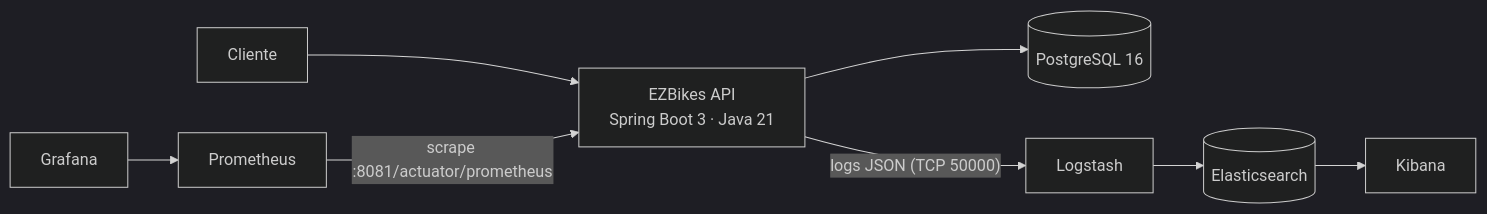
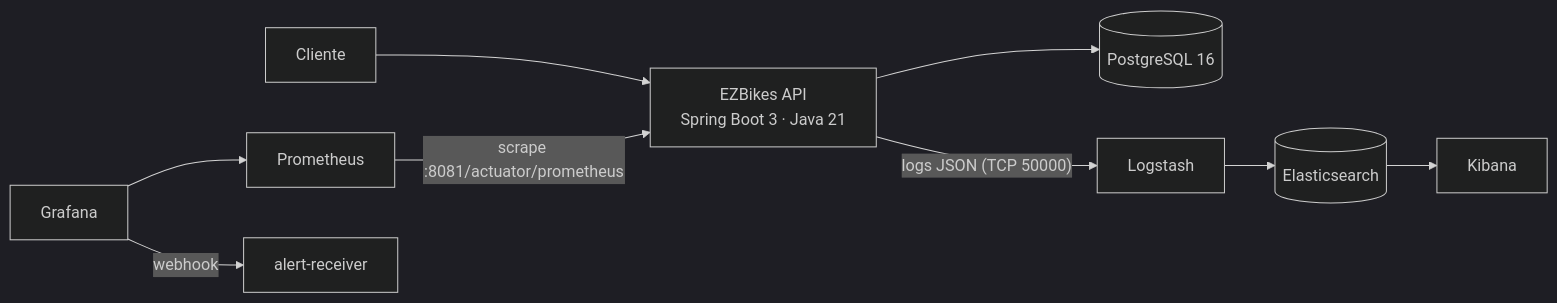
The diagram in README.md (EnzoOliveiradev/Projeto-Aplicado1-EZBIKES), drawn with Mermaid (dark theme) before and after one commit. The commit also changed other lines of this file and 13 other files, not shown here.

````diff
--- a/README.md
+++ b/README.md
@@ -36,10 +36,11 @@
 ```mermaid
 flowchart LR
     U[Cliente] --> API[EZBikes API<br/>Spring Boot 3 · Java 21]
     API --> DB[(PostgreSQL 16)]
     API -- "logs JSON (TCP 50000)" --> LS[Logstash]
     LS --> ES[(Elasticsearch)]
     ES --> KB[Kibana]
     PR[Prometheus] -- "scrape :8081/actuator/prometheus" --> API
     GF[Grafana] --> PR
+    GF -- "webhook" --> AR[alert-receiver]
 ```
````
